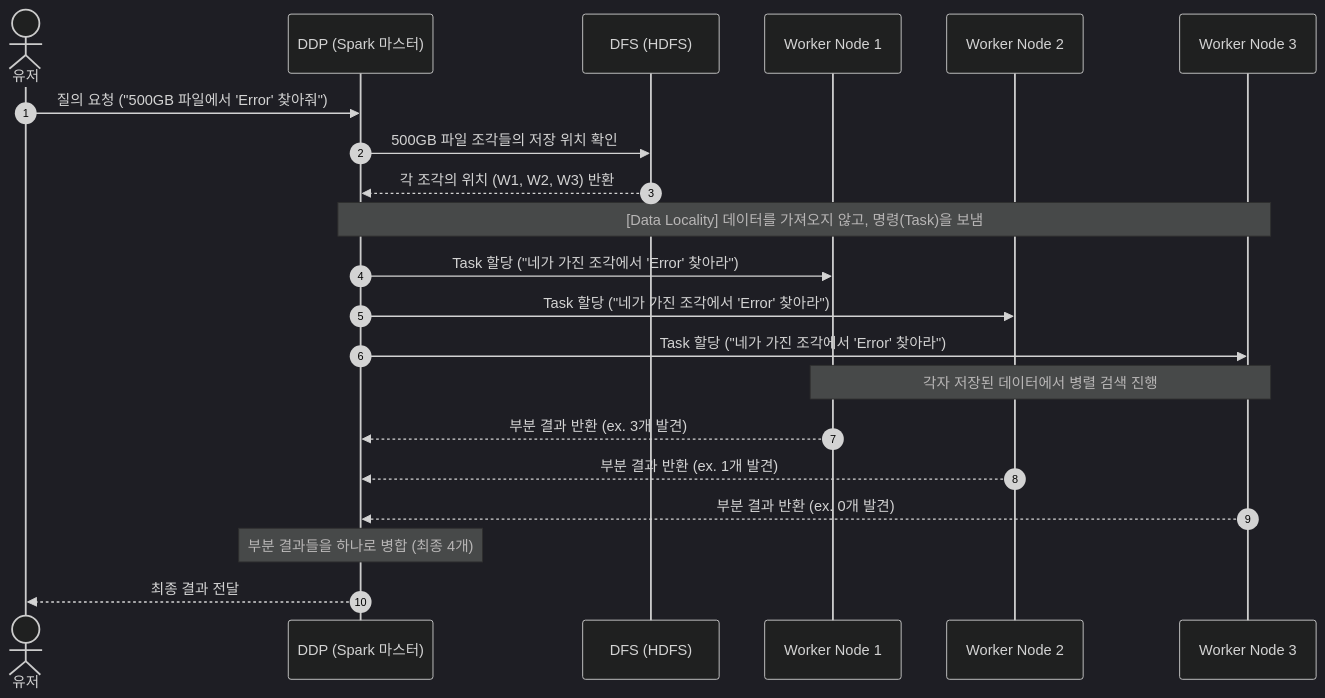
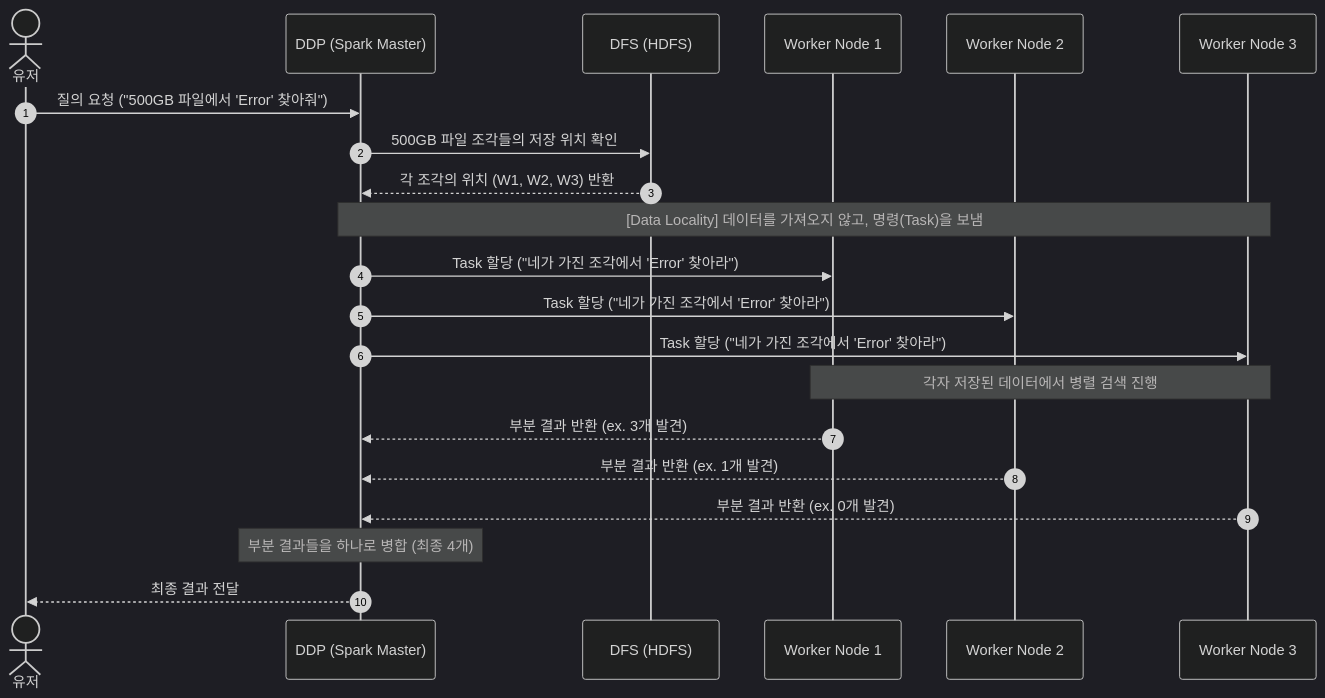
One commit to tomatoM4to/tomatoM4to.github.io changed the diagram in content/posts/2026/Big Data - 개론/index.md. Above: the diagram before and after it, drawn with Mermaid (dark theme). The commit also changed other lines of this file and 3 other files, not shown here.

````diff
--- a/content/posts/2026/Big Data - 개론/index.md
+++ b/content/posts/2026/Big Data - 개론/index.md
@@ -124,31 +126,31 @@
 ```mermaid
 sequenceDiagram
     autonumber
     actor User as 유저
-    participant DDP as DDP (Spark 마스터)
+    participant DDP as DDP (Spark Master)
     participant DFS as DFS (HDFS)
     participant W1 as Worker Node 1
     participant W2 as Worker Node 2
     participant W3 as Worker Node 3
 
     User->>DDP: 질의 요청 ("500GB 파일에서 'Error' 찾아줘")
-    
+
     DDP->>DFS: 500GB 파일 조각들의 저장 위치 확인
     DFS-->>DDP: 각 조각의 위치 (W1, W2, W3) 반환
-    
+
     Note over DDP, W3: [Data Locality] 데이터를 가져오지 않고, 명령(Task)을 보냄
-    
+
     DDP->>W1: Task 할당 ("네가 가진 조각에서 'Error' 찾아라")
     DDP->>W2: Task 할당 ("네가 가진 조각에서 'Error' 찾아라")
     DDP->>W3: Task 할당 ("네가 가진 조각에서 'Error' 찾아라")
-    
+
     Note over W1, W3: 각자 저장된 데이터에서 병렬 검색 진행
-    
+
     W1-->>DDP: 부분 결과 반환 (ex. 3개 발견)
     W2-->>DDP: 부분 결과 반환 (ex. 1개 발견)
     W3-->>DDP: 부분 결과 반환 (ex. 0개 발견)
-    
+
     Note over DDP: 부분 결과들을 하나로 병합 (최종 4개)
-    
+
     DDP-->>User: 최종 결과 전달
 ```
````
